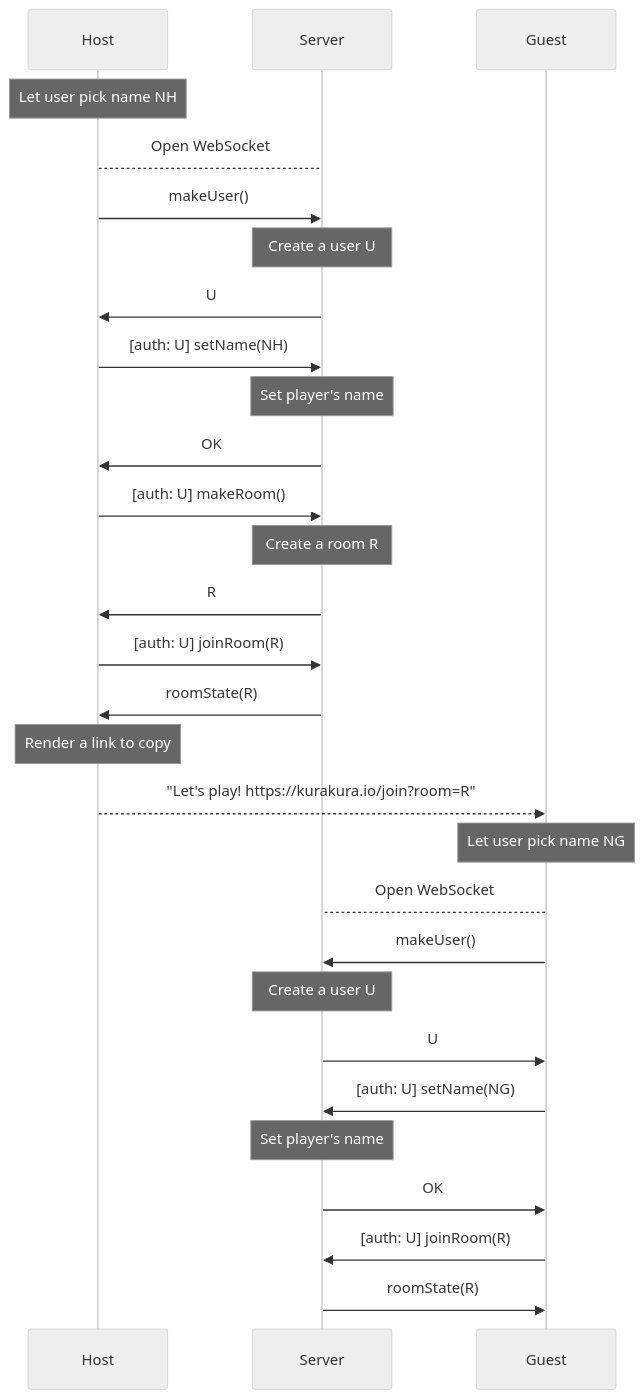
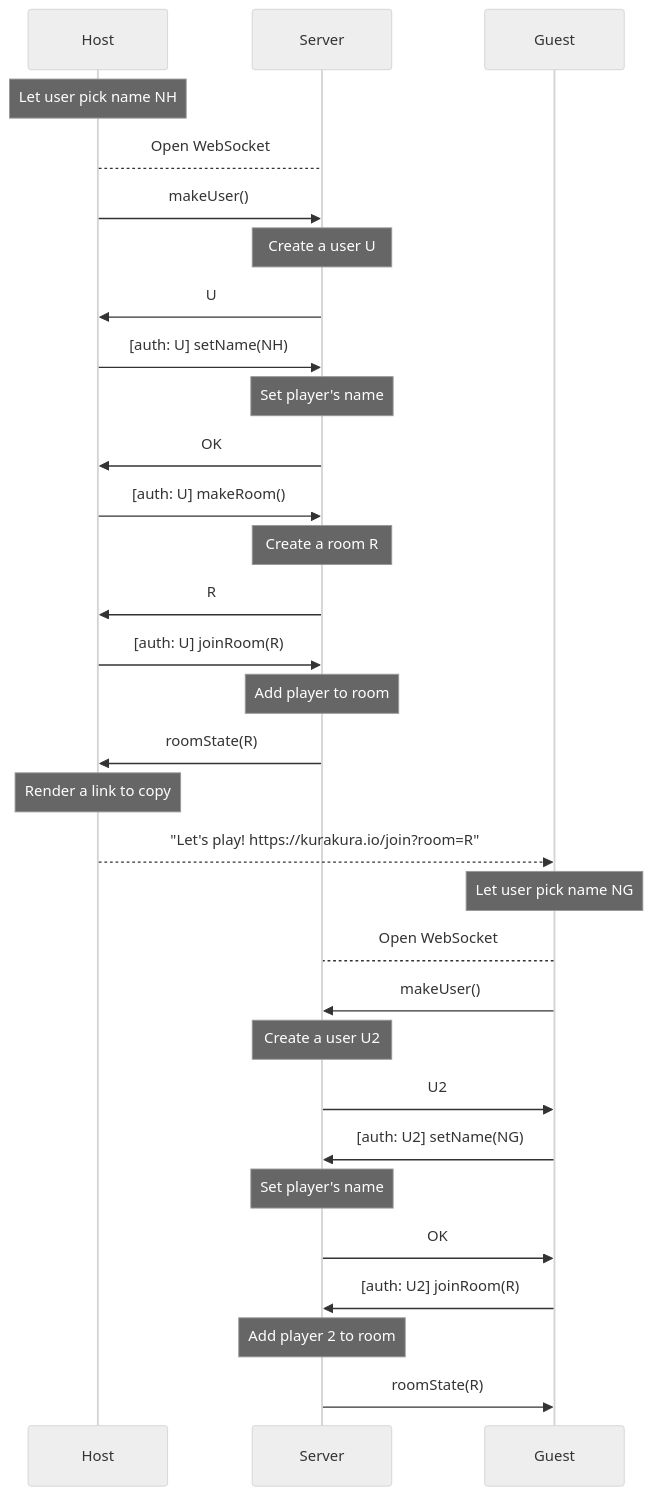
The first of 2 diagrams in spec.md (acotis/KuraKura), drawn with Mermaid (neutral theme) before and after one commit.

Commit message:
Updated sequence diagram.

````diff
--- a/spec.md
+++ b/spec.md
@@ -21,28 +21,30 @@
 ```mermaid
 sequenceDiagram
 Note over Host: Let user pick name NH
 Host --> Server: Open WebSocket
 Host ->> Server: makeUser()
 Note over Server: Create a user U
 Server ->> Host: U
 Host ->> Server: [auth: U] setName(NH)
 Note over Server: Set player's name
 Server ->> Host: OK
 Host ->> Server: [auth: U] makeRoom()
 Note over Server: Create a room R
 Server ->> Host: R
 Host ->> Server: [auth: U] joinRoom(R)
+Note over Server: Add player to room
 Server ->> Host: roomState(R)
 Note over Host: Render a link to copy
 Host -->> Guest: "Let's play! https://kurakura.io/join?room=R"
 Note over Guest: Let user pick name NG
 Guest --> Server: Open WebSocket
 Guest ->> Server: makeUser()
-Note over Server: Create a user U
-Server ->> Guest: U
-Guest ->> Server: [auth: U] setName(NG)
+Note over Server: Create a user U2
+Server ->> Guest: U2
+Guest ->> Server: [auth: U2] setName(NG)
 Note over Server: Set player's name
 Server ->> Guest: OK
-Guest ->> Server: [auth: U] joinRoom(R)
+Guest ->> Server: [auth: U2] joinRoom(R)
+Note over Server: Add player 2 to room
 Server ->> Guest: roomState(R)
 ```
````
